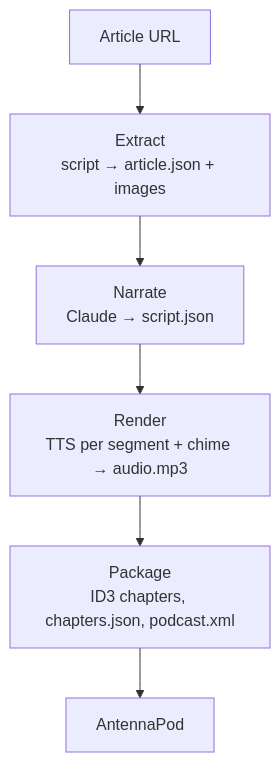
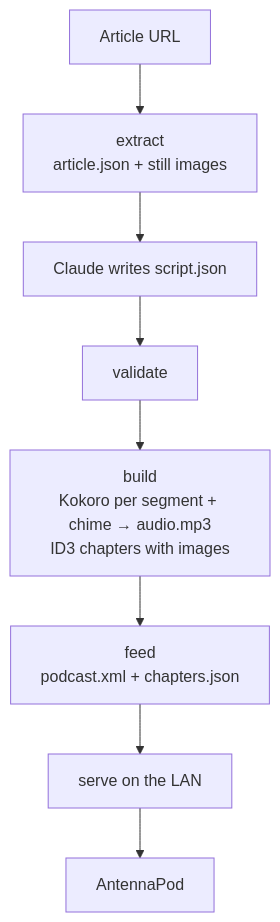
One commit to nahueltaibo/article-to-podcast changed the diagram in .docs/architecture.md. Above: the diagram before and after it, drawn with Mermaid. The commit also changed other lines of this file and 18 other files, not shown here.

First line of the commit message:
Add article-to-podcast pipeline with Kokoro narration and ID3 chapter images

````diff
--- a/.docs/architecture.md
+++ b/.docs/architecture.md
@@ -5,8 +5,9 @@
 ```mermaid
 flowchart TD
-    U[Article URL] --> E[Extract<br/>script → article.json + images]
-    E --> N[Narrate<br/>Claude → script.json]
-    N --> R[Render<br/>TTS per segment + chime → audio.mp3]
-    R --> P[Package<br/>ID3 chapters, chapters.json, podcast.xml]
-    P --> A[AntennaPod]
+    U[Article URL] --> E[extract<br/>article.json + still images]
+    E --> N[Claude writes script.json]
+    N --> V[validate]
+    V --> B[build<br/>Kokoro per segment + chime → audio.mp3<br/>ID3 chapters with images]
+    B --> F[feed<br/>podcast.xml + chapters.json]
+    F --> S[serve on the LAN] --> A[AntennaPod]
 ```
````
